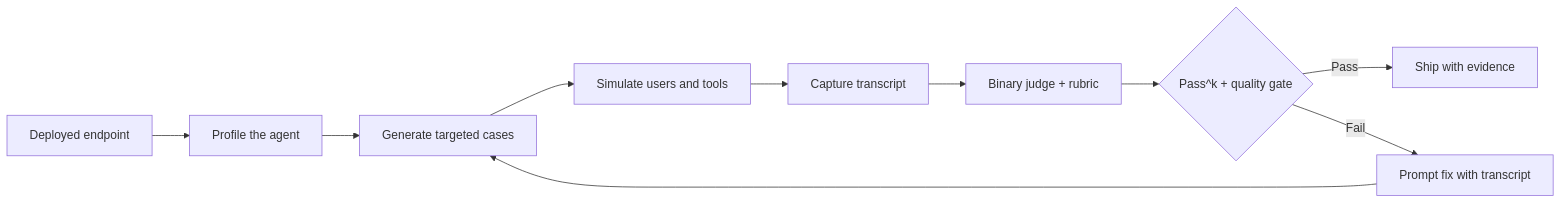
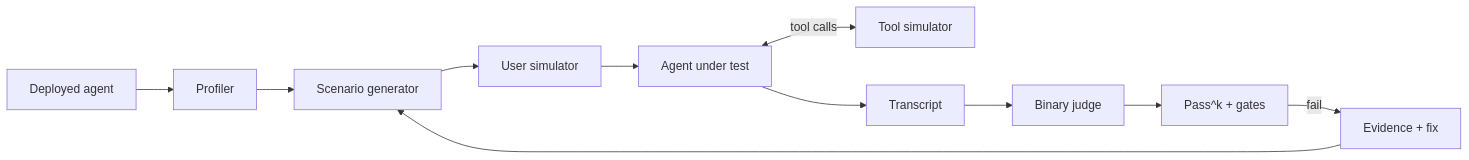
One commit to isidropasman/agent-evals changed the first of 3 diagrams in README.md. Above: the diagram before and after it, drawn with Mermaid. The commit also changed other lines of this file, not shown here.

````diff
--- a/README.md
+++ b/README.md
@@ -40,12 +42,13 @@
 ```mermaid
 flowchart LR
-    A[Deployed endpoint] --> B[Profile the agent]
-    B --> C[Generate targeted cases]
-    C --> D[Simulate users and tools]
-    D --> E[Capture transcript]
-    E --> F[Binary judge + rubric]
-    F --> G{Pass^k + quality gate}
-    G -->|Pass| H[Ship with evidence]
-    G -->|Fail| I[Prompt fix with transcript]
-    I --> C
+    A[Deployed agent] --> B[Profiler]
+    B --> C[Scenario generator]
+    C --> D[User simulator]
+    D --> E[Agent under test]
+    E <-->|tool calls| F[Tool simulator]
+    E --> G[Transcript]
+    G --> H[Binary judge]
+    H --> I[Pass^k + gates]
+    I -->|fail| J[Evidence + fix]
+    J --> C
 ```
````
